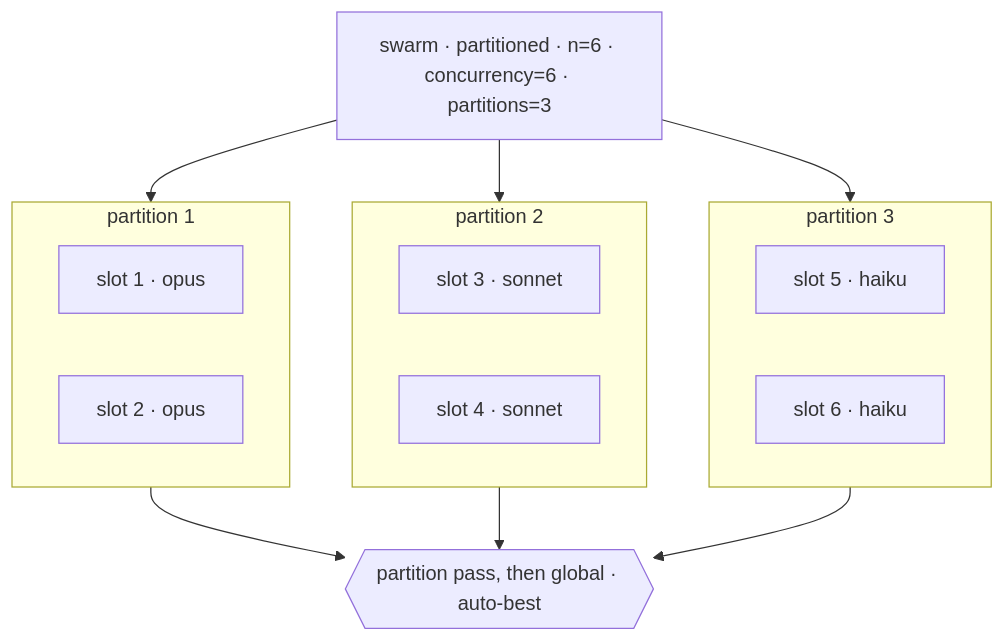
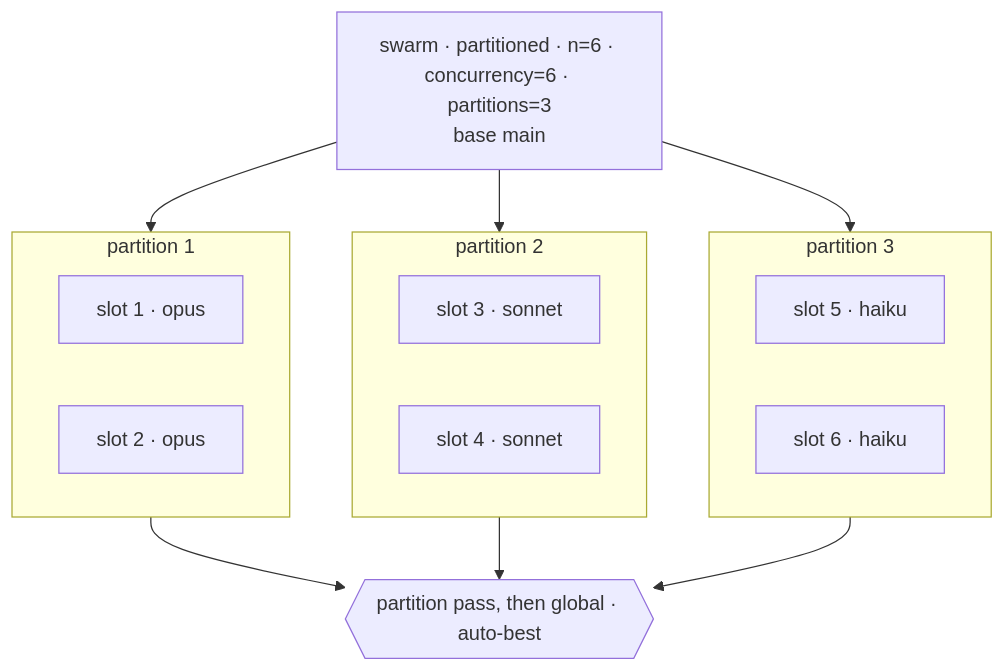
One commit to yliapis/dotfiles changed the second of 4 diagrams in ai-coding/plugins/orchestration/skills/agent-swarm/SKILL.md. Above: the diagram before and after it, drawn with Mermaid. The commit also changed other lines of this file, not shown here.

First line of the commit message:
fix(agent-swarm): tighten the topology preview rules

````diff
--- a/ai-coding/plugins/orchestration/skills/agent-swarm/SKILL.md
+++ b/ai-coding/plugins/orchestration/skills/agent-swarm/SKILL.md
@@ -189,22 +191,22 @@
 ```mermaid
 flowchart TD
-  S["swarm · partitioned · n=6 · concurrency=6 · partitions=3"]
+  S["swarm · partitioned · n=6 · concurrency=6 · partitions=3<br/>base main"]
   subgraph P1["partition 1"]
     A1["slot 1 · opus"]
     A2["slot 2 · opus"]
   end
   subgraph P2["partition 2"]
     A3["slot 3 · sonnet"]
     A4["slot 4 · sonnet"]
   end
   subgraph P3["partition 3"]
     A5["slot 5 · haiku"]
     A6["slot 6 · haiku"]
   end
   S --> P1
   S --> P2
   S --> P3
   P1 --> SEL{{"partition pass, then global · auto-best"}}
   P2 --> SEL
   P3 --> SEL
 ```
````
